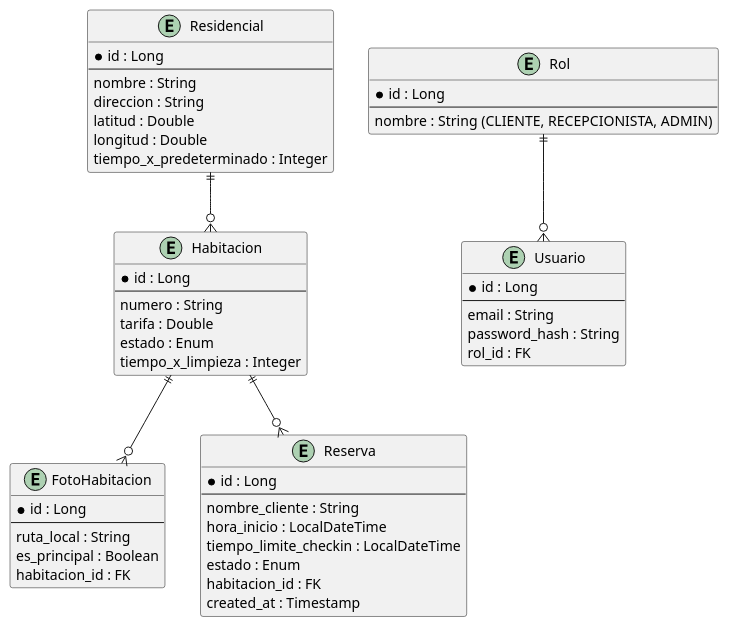
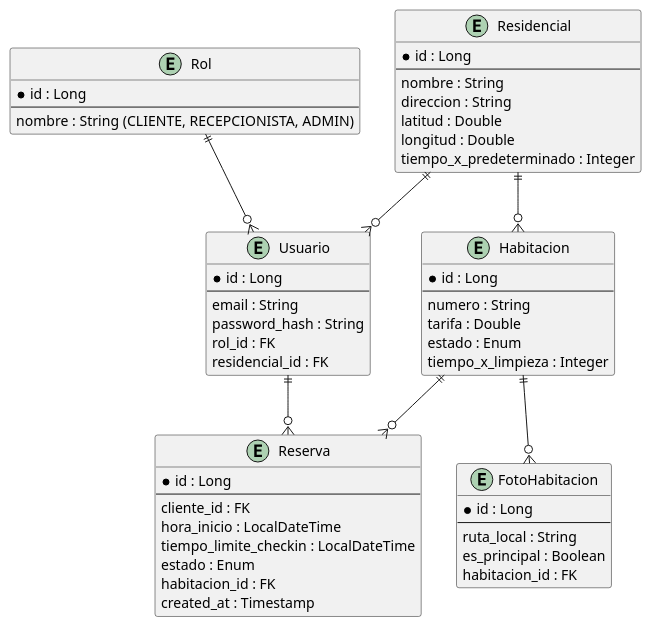
One commit to Tsmrain/ProyectoR1 changed the diagram in UML/Modelo_Datos/erd.puml. Above: the diagram before and after it, drawn with PlantUML. The commit also changed 1 other file, not shown here.

Commit message:
docs: sincronizar UML con hotfix de integridad referencial

```diff
--- a/UML/Modelo_Datos/erd.puml
+++ b/UML/Modelo_Datos/erd.puml
@@ -1,59 +1,62 @@
 @startuml erd_residencial
 entity "Habitacion" {
   * id : Long
   --
   numero : String
   tarifa : Double
   estado : Enum
   tiempo_x_limpieza : Integer
 }
 
 entity "FotoHabitacion" {
   * id : Long
   --
   ruta_local : String
   es_principal : Boolean
   habitacion_id : FK
 }
 
 entity "Usuario" {
   * id : Long
   --
   email : String
   password_hash : String
   rol_id : FK
+  residencial_id : FK
 }
 
 entity "Rol" {
   * id : Long
   --
   nombre : String (CLIENTE, RECEPCIONISTA, ADMIN)
 }
 
 entity "Reserva" {
   * id : Long
   --
-  nombre_cliente : String
+  cliente_id : FK
   hora_inicio : LocalDateTime
   tiempo_limite_checkin : LocalDateTime
   estado : Enum
   habitacion_id : FK
   created_at : Timestamp
 }
 
 Habitacion ||--o{ FotoHabitacion
 Habitacion ||--o{ Reserva
 Rol ||--o{ Usuario
+Usuario ||--o{ Reserva
 
 entity "Residencial" {
   * id : Long
   --
   nombre : String
   direccion : String
   latitud : Double
   longitud : Double
   tiempo_x_predeterminado : Integer
 }
 
 Residencial ||--o{ Habitacion
+Residencial ||--o{ Usuario
 @enduml
```
